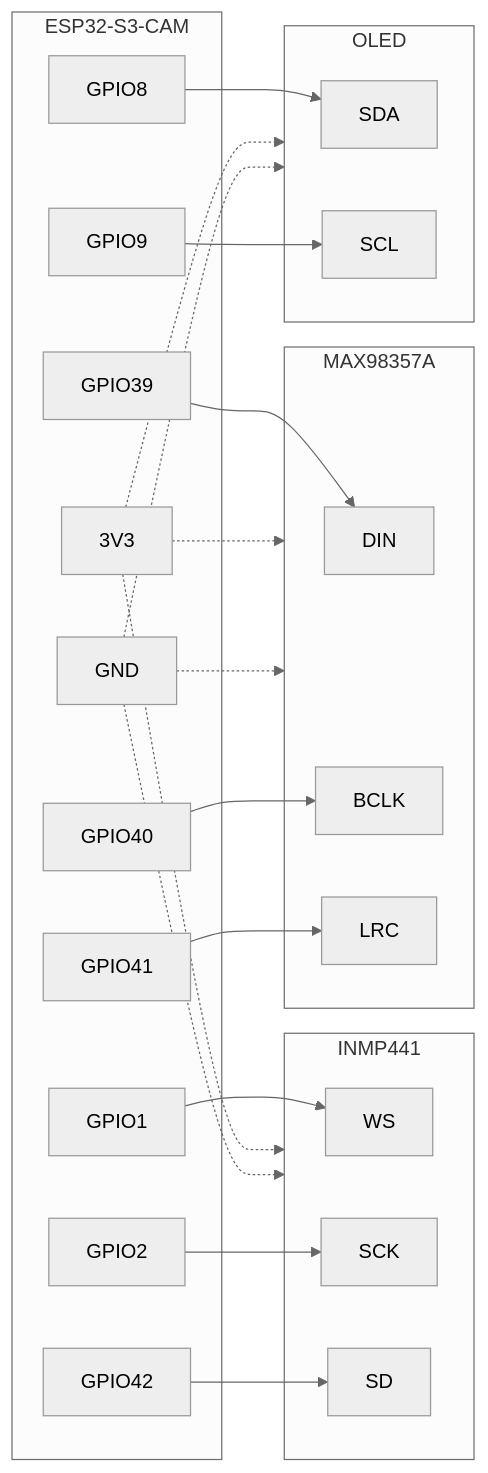
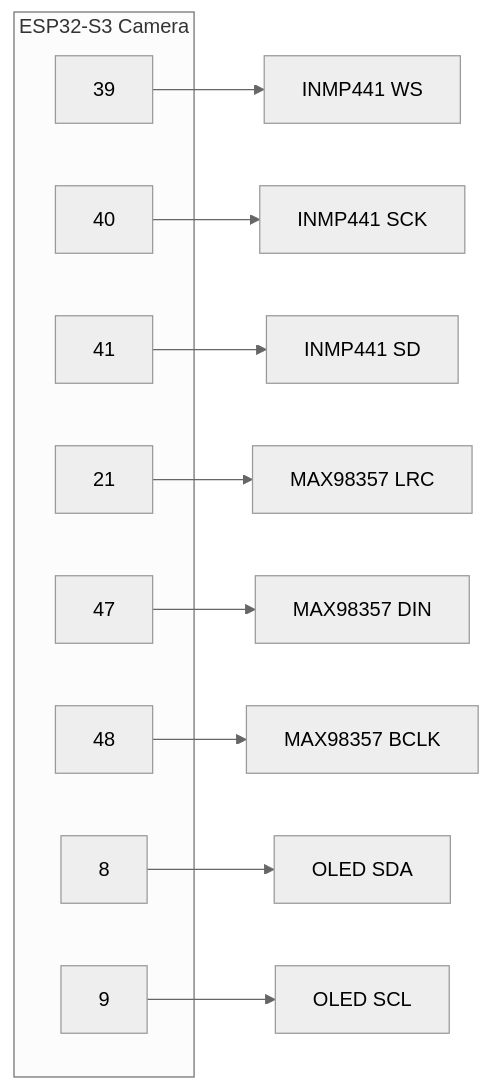
Before and after one commit to akashsoni01/zoop: the fourth of 4 diagrams in physical-components/README.md, drawn with Mermaid (neutral theme). The commit also changed other lines of this file and 9 other files, not shown here.

````diff
--- a/physical-components/README.md
+++ b/physical-components/README.md
@@ -288,47 +183,21 @@
 ```mermaid
 flowchart LR
-  subgraph ESP["ESP32-S3-CAM"]
-    G1["GPIO1"]
-    G2["GPIO2"]
-    G42["GPIO42"]
-    G39["GPIO39"]
-    G40["GPIO40"]
-    G41["GPIO41"]
-    G8["GPIO8"]
-    G9["GPIO9"]
-    V33["3V3"]
-    GND["GND"]
+  subgraph ESP["ESP32-S3 Camera"]
+    G39["39"]
+    G40["40"]
+    G41["41"]
+    G21["21"]
+    G47["47"]
+    G48["48"]
+    G8["8"]
+    G9["9"]
   end
-
-  subgraph MIC["INMP441"]
-    MWS["WS"]
-    MSCK["SCK"]
-    MSD["SD"]
-  end
-
-  subgraph AMP["MAX98357A"]
-    ADIN["DIN"]
-    ABCLK["BCLK"]
-    ALRC["LRC"]
-  end
-
-  subgraph OLED["OLED"]
-    OSDA["SDA"]
-    OSCL["SCL"]
-  end
-
-  G1 --> MWS
-  G2 --> MSCK
-  G42 --> MSD
-  G39 --> ADIN
-  G40 --> ABCLK
-  G41 --> ALRC
-  G8 --> OSDA
-  G9 --> OSCL
-  V33 -.-> MIC
-  V33 -.-> AMP
-  V33 -.-> OLED
-  GND -.-> MIC
-  GND -.-> AMP
-  GND -.-> OLED
+  G39 --> WS["INMP441 WS"]
+  G40 --> SCK["INMP441 SCK"]
+  G41 --> SD["INMP441 SD"]
+  G21 --> LRC["MAX98357 LRC"]
+  G47 --> DIN["MAX98357 DIN"]
+  G48 --> BCLK["MAX98357 BCLK"]
+  G8 --> SDA["OLED SDA"]
+  G9 --> SCL["OLED SCL"]
 ```
````
